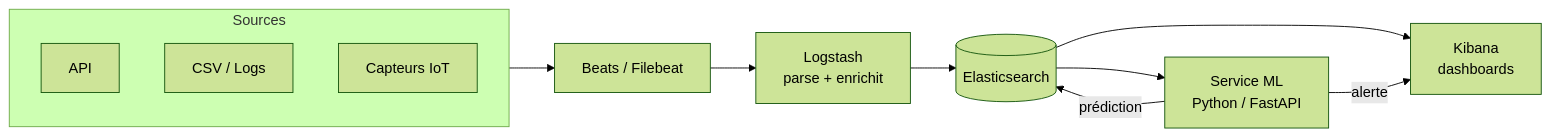
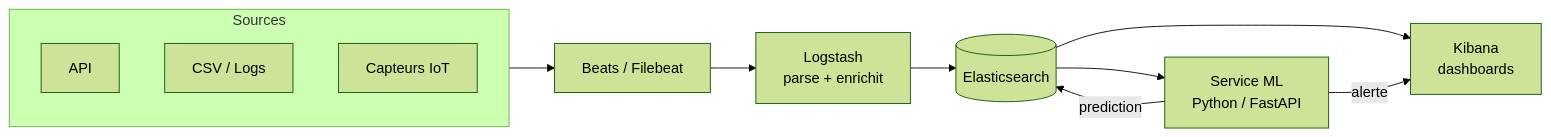
Before and after one commit to haythem-rehouma/Elastic-Search-0: the first of 4 diagrams in docs2-cours1/05-architecture-pipeline-elk-ml.md, drawn with Mermaid (forest theme). The commit also changed other lines of this file and 49 other files, not shown here.

````diff
--- a/docs2-cours1/05-architecture-pipeline-elk-ml.md
+++ b/docs2-cours1/05-architecture-pipeline-elk-ml.md
@@ -38,15 +38,15 @@
 ```mermaid
 flowchart LR
     subgraph Sources
-        S1[API]
-        S2[CSV / Logs]
-        S3[Capteurs IoT]
+        S1["API"]
+        S2["CSV / Logs"]
+        S3["Capteurs IoT"]
     end
-    Sources --> Beats[Beats / Filebeat]
-    Beats --> LS[Logstash<br/>parse + enrichit]
-    LS --> ES[(Elasticsearch)]
-    ES --> KIB[Kibana<br/>dashboards]
-    ES --> ML[Service ML<br/>Python / FastAPI]
-    ML -->|prédiction| ES
+    Sources --> Beats["Beats / Filebeat"]
+    Beats --> LS["Logstash<br/>parse + enrichit"]
+    LS --> ES[("Elasticsearch")]
+    ES --> KIB["Kibana<br/>dashboards"]
+    ES --> ML["Service ML<br/>Python / FastAPI"]
+    ML -->|prediction| ES
     ML -->|alerte| KIB
 ```
````
